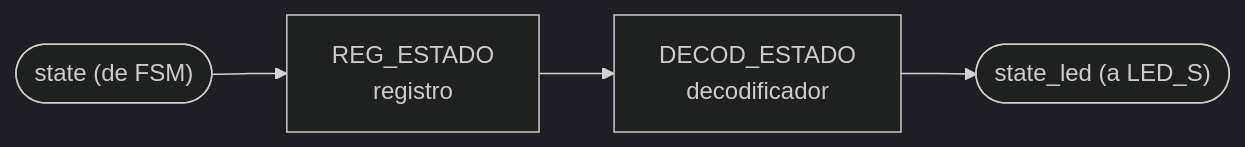
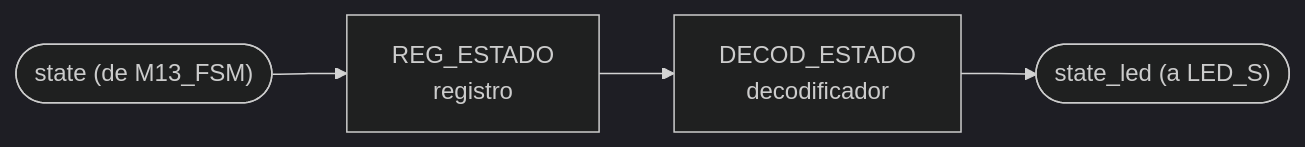
The sixth of 14 diagrams in docs/diseño/diagramas/nivel03.md (Taller-de-diseno-digital-GR01/Proyecto-2-Ahorcado), drawn with Mermaid (dark theme) before and after one commit. The commit also changed other lines of this file and 1 other file, not shown here.

Commit message:
nivel03: agregar M13_FSM, los demas modulos ahora decodifican state

````diff
--- a/docs/diseño/diagramas/nivel03.md
+++ b/docs/diseño/diagramas/nivel03.md
@@ -273,6 +293,6 @@
 ```mermaid
 flowchart LR
-    IN_STATE(["state (de FSM)"]) --> REG_S["REG_ESTADO<br/>registro"]
+    IN_STATE(["state (de M13_FSM)"]) --> REG_S["REG_ESTADO<br/>registro"]
     REG_S --> DEC1["DECOD_ESTADO<br/>decodificador"]
     DEC1 --> OUT_LED(["state_led (a LED_S)"])
 ```
````
